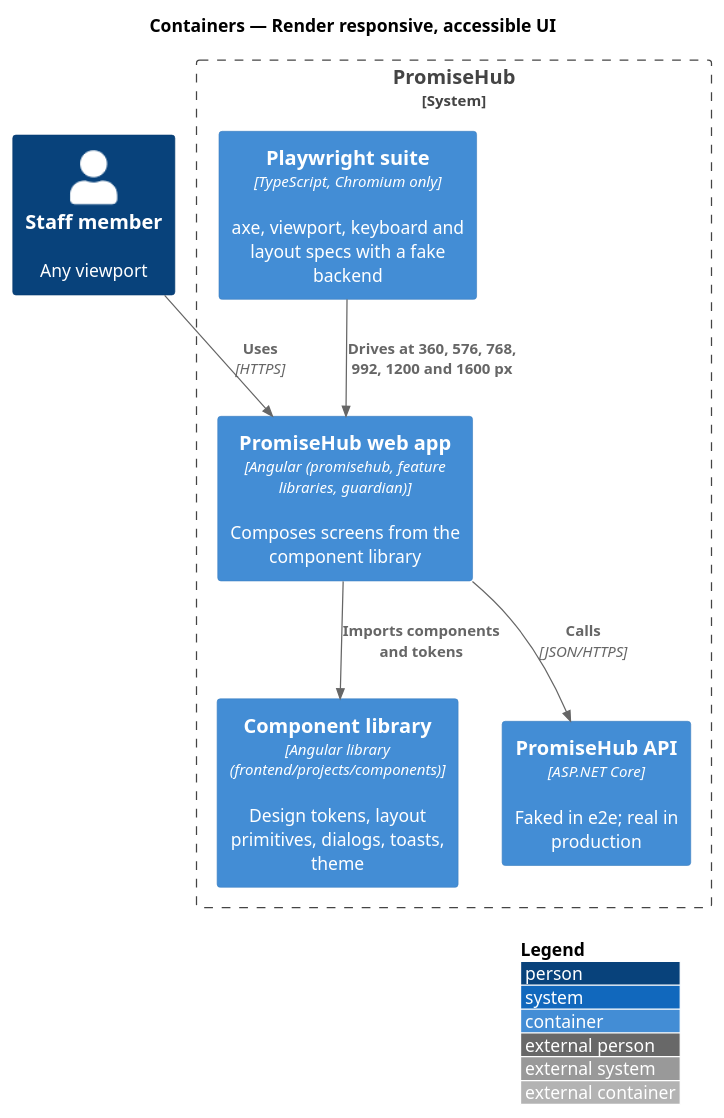
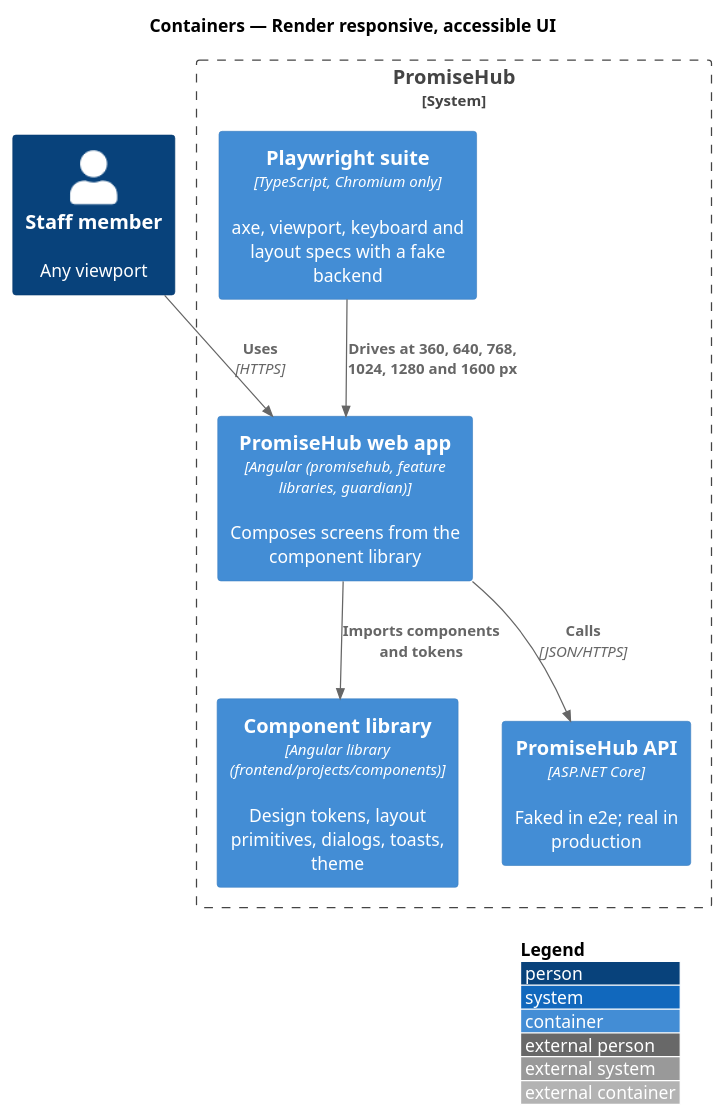
One commit to QuinntyneBrown/promise-hub changed the diagram in docs/detailed-designs/shell/render-responsive-accessible-ui/diagrams/c4-container.puml. Above: the diagram before and after it, drawn with PlantUML. The commit also changed 154 other files, not shown here.

```diff
--- a/docs/detailed-designs/shell/render-responsive-accessible-ui/diagrams/c4-container.puml
+++ b/docs/detailed-designs/shell/render-responsive-accessible-ui/diagrams/c4-container.puml
@@ -1,17 +1,17 @@
 @startuml
 !include <C4/C4_Container>
 LAYOUT_WITH_LEGEND()
 title Containers — Render responsive, accessible UI
 
 Person(staff, "Staff member", "Any viewport")
 System_Boundary(promisehub, "PromiseHub") {
   Container(web, "PromiseHub web app", "Angular (promisehub, feature libraries, guardian)", "Composes screens from the component library")
   Container(components, "Component library", "Angular library (frontend/projects/components)", "Design tokens, layout primitives, dialogs, toasts, theme")
   Container(e2e, "Playwright suite", "TypeScript, Chromium only", "axe, viewport, keyboard and layout specs with a fake backend")
   Container(api, "PromiseHub API", "ASP.NET Core", "Faked in e2e; real in production")
 }
 Rel(staff, web, "Uses", "HTTPS")
 Rel(web, components, "Imports components and tokens")
-Rel(e2e, web, "Drives at 360, 576, 768, 992, 1200 and 1600 px")
+Rel(e2e, web, "Drives at 360, 640, 768, 1024, 1280 and 1600 px")
 Rel(web, api, "Calls", "JSON/HTTPS")
 @enduml
```
